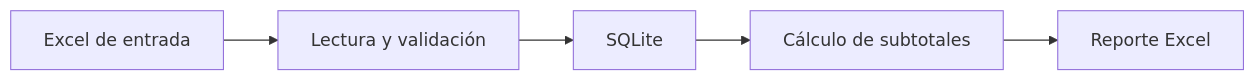
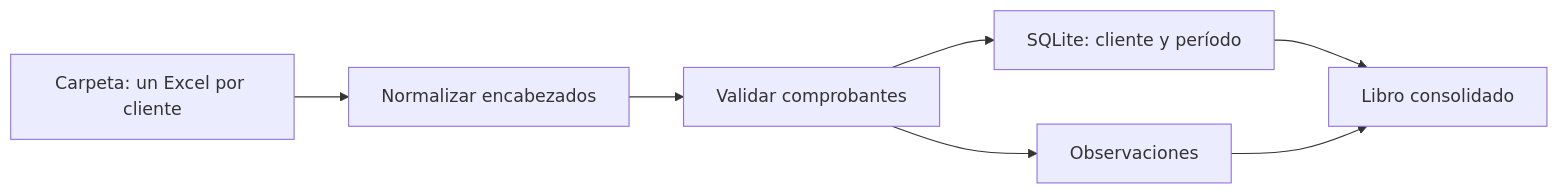
The diagram in README.md (SantinelliGabriel/automatizador-reportes), drawn with Mermaid before and after one commit. The commit also changed other lines of this file and 18 other files, not shown here.

````diff
--- a/README.md
+++ b/README.md
@@ -9,7 +15,9 @@
 ```mermaid
 flowchart LR
-    A[Excel de entrada] --> B[Lectura y validación]
-    B --> C[SQLite]
-    C --> D[Cálculo de subtotales]
-    D --> E[Reporte Excel]
+    A[Carpeta: un Excel por cliente] --> B[Normalizar encabezados]
+    B --> C[Validar comprobantes]
+    C --> D[SQLite: cliente y período]
+    C --> E[Observaciones]
+    D --> F[Libro consolidado]
+    E --> F
 ```
````
